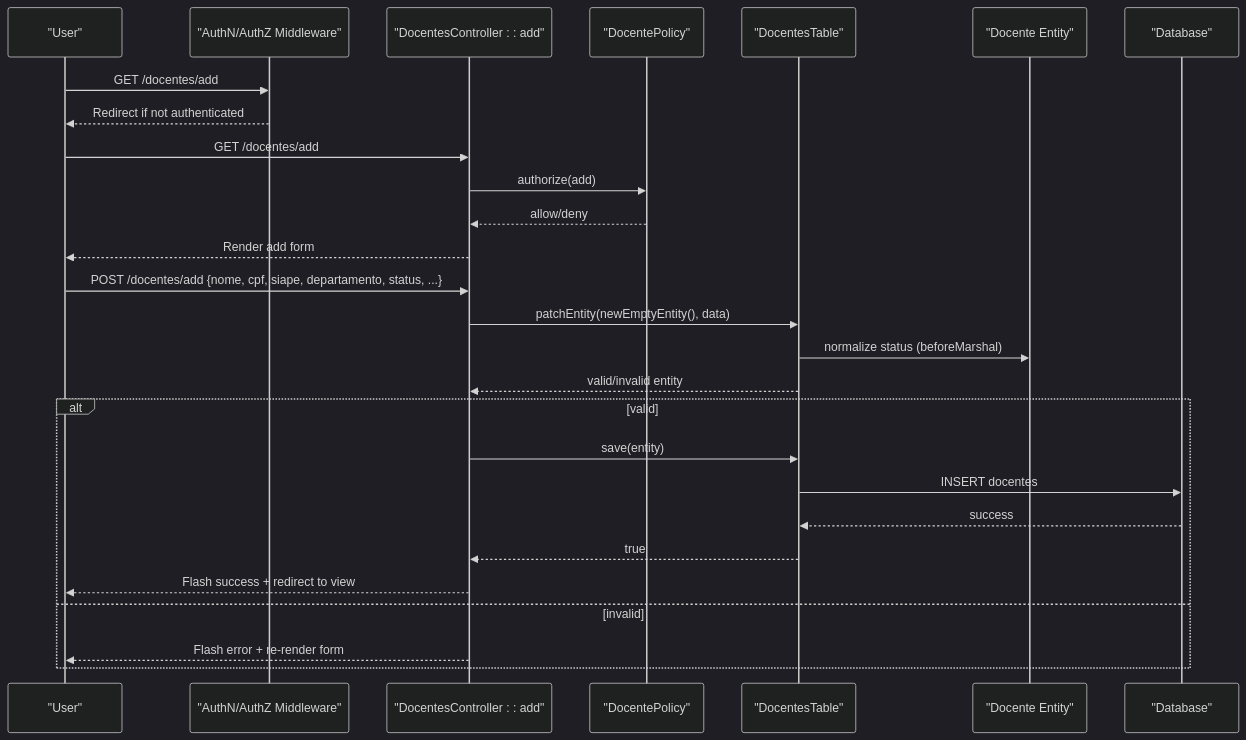
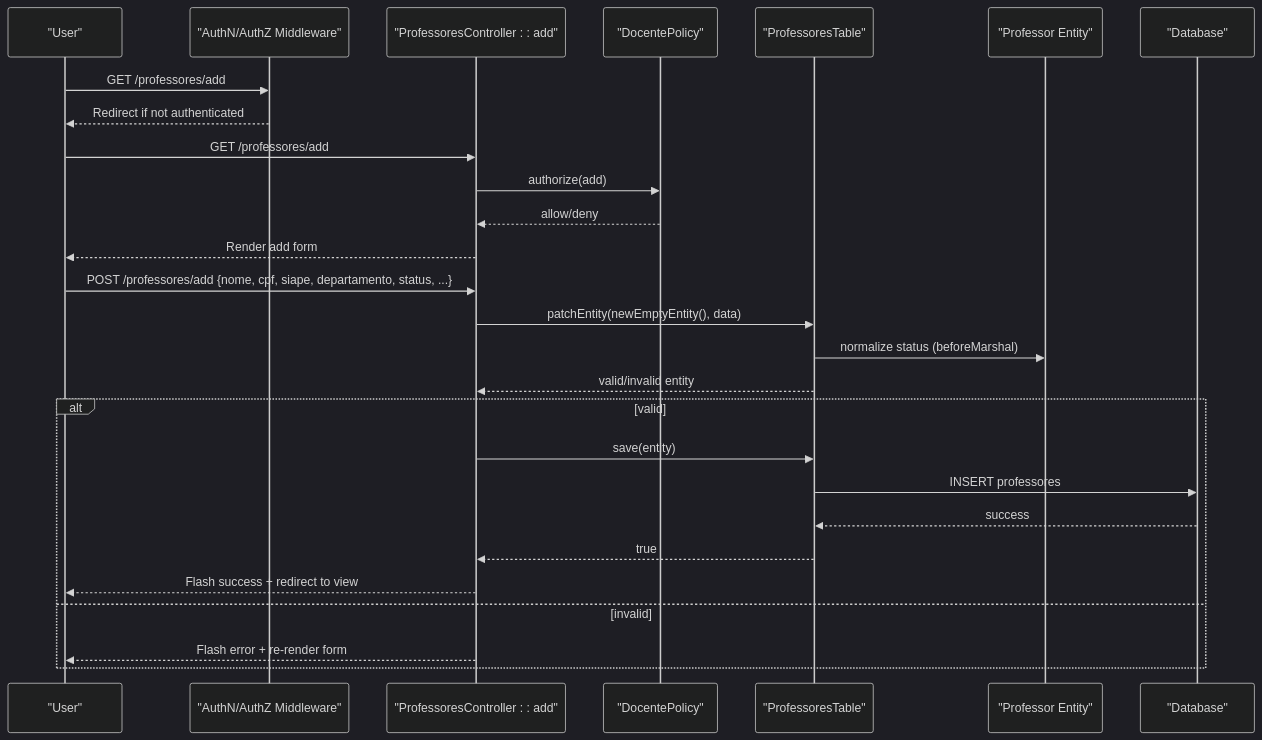
The second of 3 diagrams in .qoder/repowiki/en/content/Core Features/Faculty Management/Faculty CRUD Operations.md (luiseduacosta/planejamento5), drawn with Mermaid (dark theme) before and after one commit. The commit also changed other lines of this file and 37 other files, not shown here.

Commit message:
repowiki: rename Docentes → Professores in metadata

````diff
--- a/.qoder/repowiki/en/content/Core Features/Faculty Management/Faculty CRUD Operations.md
+++ b/.qoder/repowiki/en/content/Core Features/Faculty Management/Faculty CRUD Operations.md
@@ -122,29 +122,29 @@
 ```mermaid
 sequenceDiagram
 participant U as "User"
 participant MW as "AuthN/AuthZ Middleware"
-participant CT as "DocentesController : : add"
+participant CT as "ProfessoresController : : add"
 participant POL as "DocentePolicy"
-participant TAB as "DocentesTable"
-participant ENT as "Docente Entity"
+participant TAB as "ProfessoresTable"
+participant ENT as "Professor Entity"
 participant DB as "Database"
-U->>MW : GET /docentes/add
+U->>MW : GET /professores/add
 MW-->>U : Redirect if not authenticated
-U->>CT : GET /docentes/add
+U->>CT : GET /professores/add
 CT->>POL : authorize(add)
 POL-->>CT : allow/deny
 CT-->>U : Render add form
-U->>CT : POST /docentes/add {nome, cpf, siape, departamento, status, ...}
+U->>CT : POST /professores/add {nome, cpf, siape, departamento, status, ...}
 CT->>TAB : patchEntity(newEmptyEntity(), data)
 TAB->>ENT : normalize status (beforeMarshal)
 TAB-->>CT : valid/invalid entity
 alt valid
 CT->>TAB : save(entity)
-TAB->>DB : INSERT docentes
+TAB->>DB : INSERT professores
 DB-->>TAB : success
 TAB-->>CT : true
 CT-->>U : Flash success + redirect to view
 else invalid
 CT-->>U : Flash error + re-render form
 end
 ```
````
